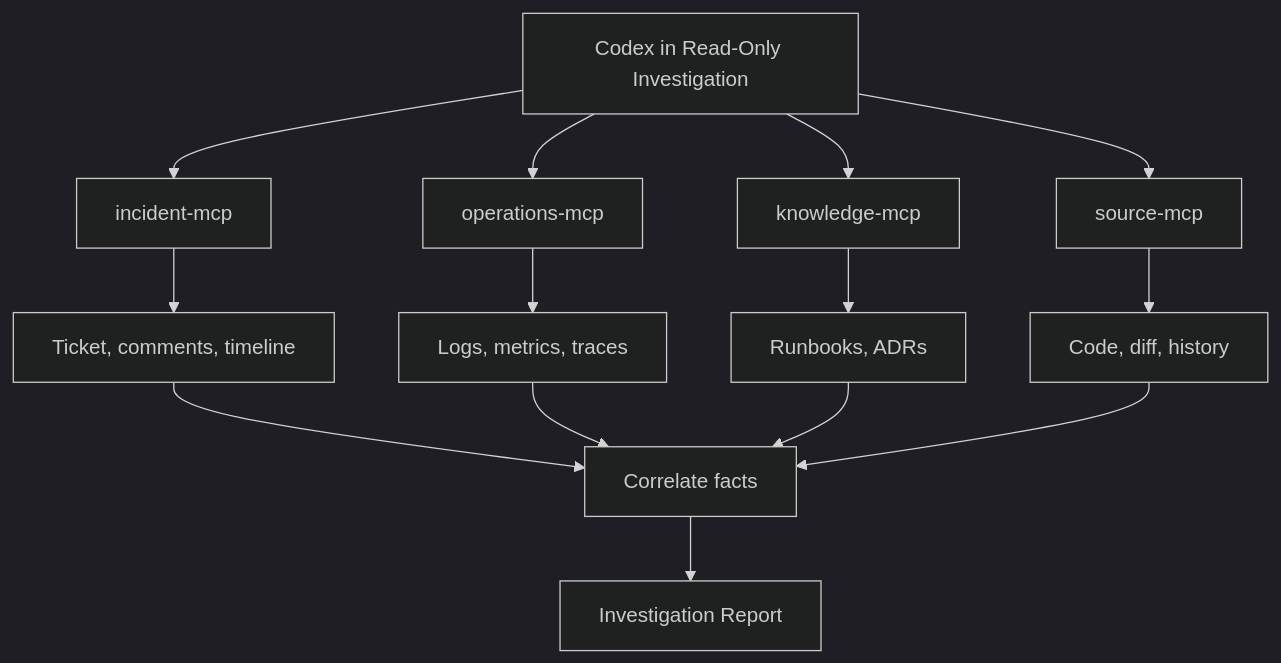
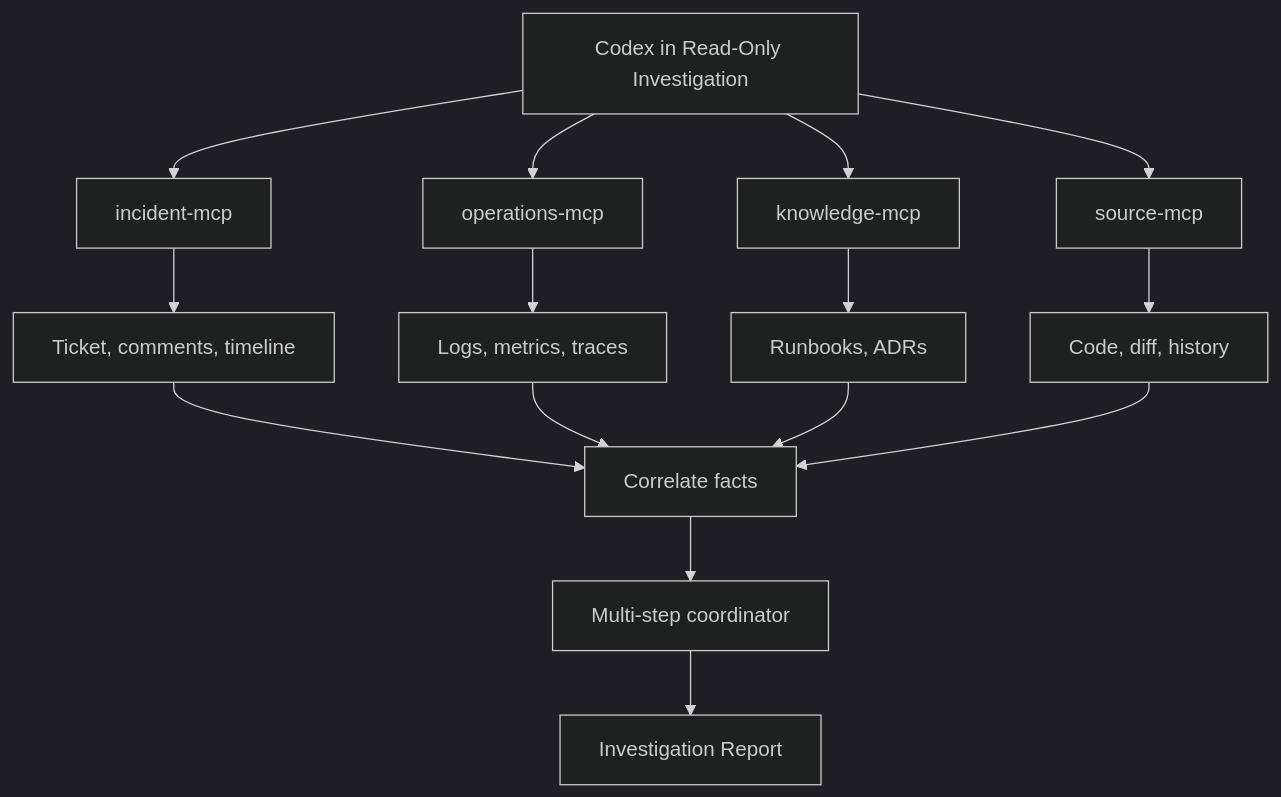
One commit to brenoacker/incident-investigator changed the fifth of 9 diagrams in docs/system-workflow.md. Above: the diagram before and after it, drawn with Mermaid (dark theme). The commit also changed other lines of this file and 2 other files, not shown here.

Commit message:
feat: add bounded multi-step investigation coordinator

````diff
--- a/docs/system-workflow.md
+++ b/docs/system-workflow.md
@@ -169,16 +171,17 @@
 ```mermaid
 flowchart TD
     Codex[Codex in Read-Only Investigation] --> Incident[incident-mcp]
     Codex --> Operations[operations-mcp]
     Codex --> Knowledge[knowledge-mcp]
     Codex --> Source[source-mcp]
     Incident --> I[Ticket, comments, timeline]
     Operations --> O[Logs, metrics, traces]
     Knowledge --> K[Runbooks, ADRs]
     Source --> S[Code, diff, history]
     I --> Correlate[Correlate facts]
     O --> Correlate
     K --> Correlate
     S --> Correlate
-    Correlate --> Report[Investigation Report]
+    Correlate --> Coordinator[Multi-step coordinator]
+    Coordinator --> Report[Investigation Report]
 ```
````
